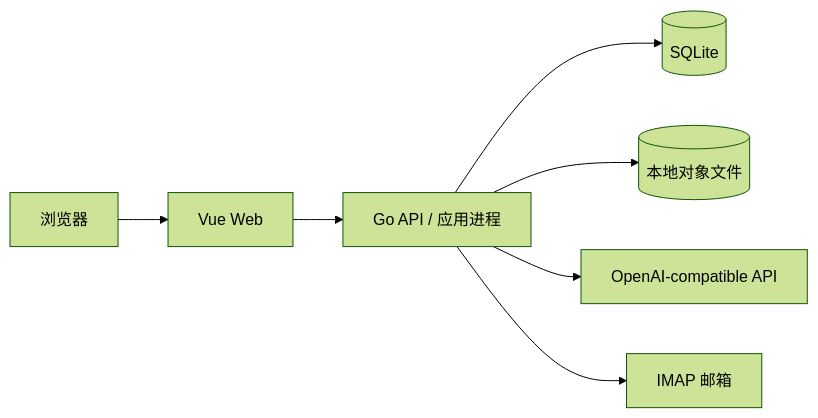
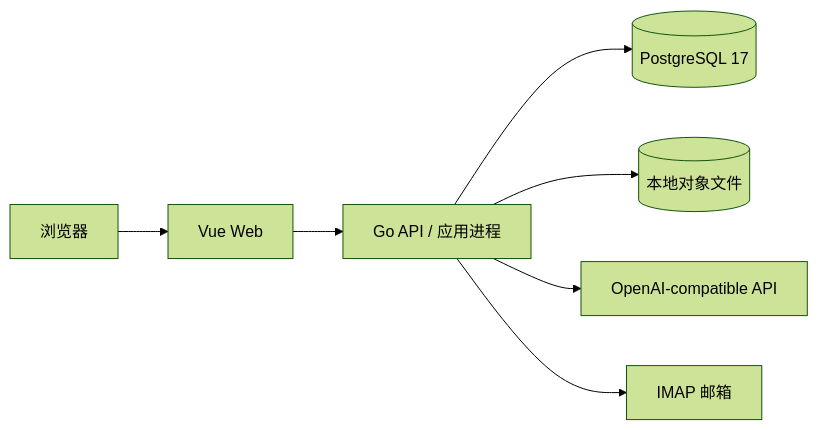
The first of 6 diagrams in docs/architecture.md (tuoro/Smart-bill-manager), drawn with Mermaid (forest theme) before and after one commit. The commit also changed other lines of this file and 168 other files, not shown here.

Commit message:
feat(rebirth): complete PostgreSQL M4 local readiness

````diff
--- a/docs/architecture.md
+++ b/docs/architecture.md
@@ -13,9 +13,9 @@
 ```mermaid
 flowchart LR
     Browser[浏览器] --> Web[Vue Web]
     Web --> API[Go API / 应用进程]
-    API --> DB[(SQLite)]
+    API --> DB[(PostgreSQL 17)]
     API --> Files[(本地对象文件)]
     API --> Model[OpenAI-compatible API]
     API --> Mail[IMAP 邮箱]
 ```
````
